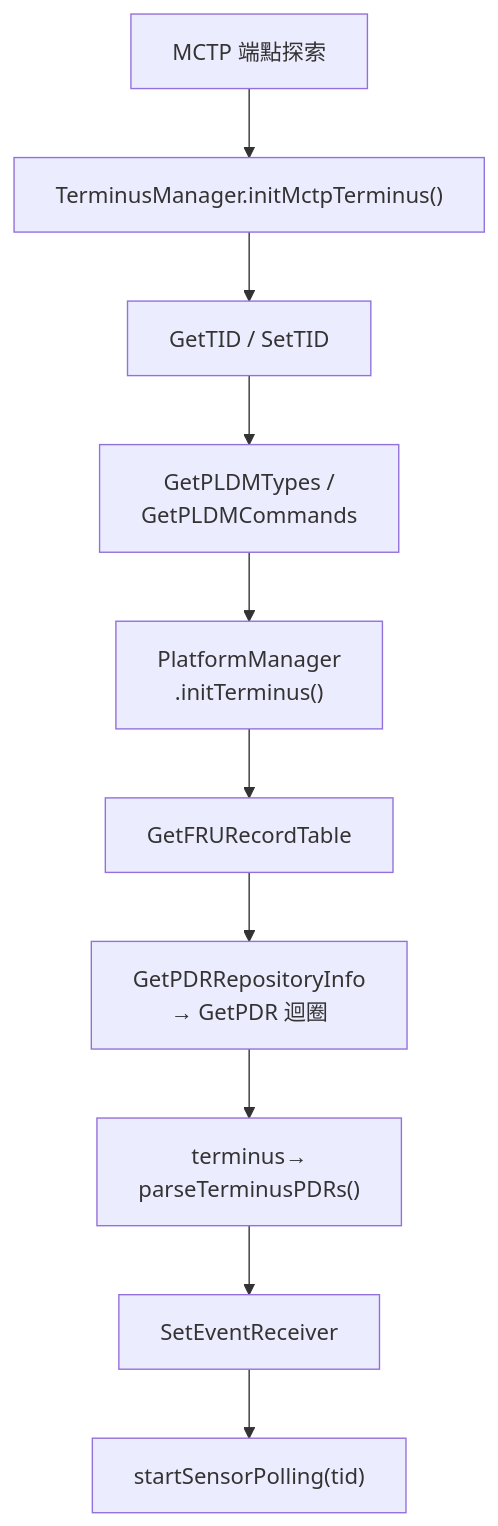
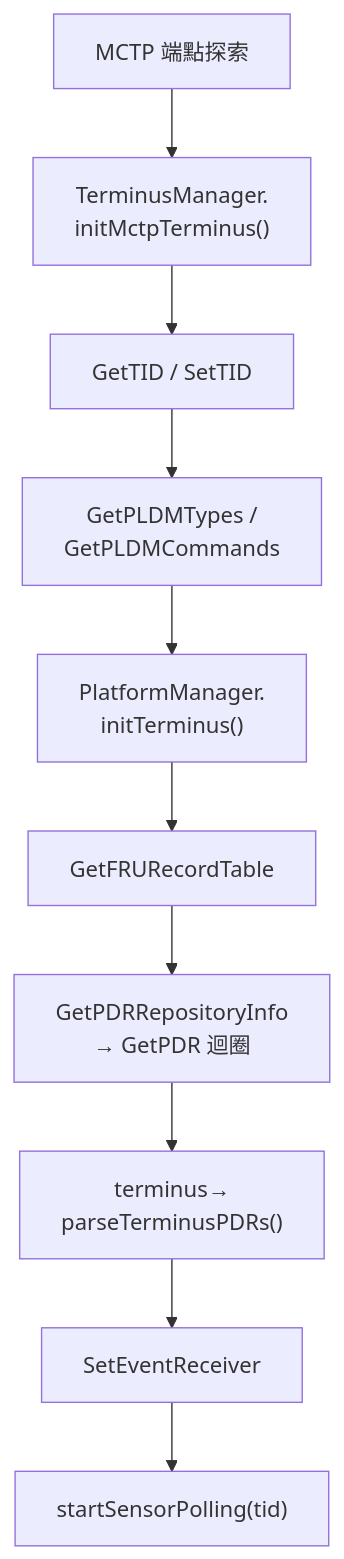
One commit to chilung-cgu/bmc-firmware-knowledge-base changed the fourth of 5 diagrams in pldm/CodeFlows.md. Above: the diagram before and after it, drawn with Mermaid. The commit also changed 2 other files, not shown here.

Commit message:
docs(pldm): 補充修正 Mermaid 節點中過長的方法名稱
掃描並修正了 CodeFlows.md、PlatformMC.md 以及 BIOSConfig.md 中殘存的過長字串（如 `initMctpTerminus()`、`processNumericSensorEvent()`、`SetBIOSAttributeCurrentValue` 等）。將這些長字串加上 `<br/>` 換行標籤，確保在各種寬度的 VS Code 預覽視窗中都不會發生邊緣文字被截斷的問題。

````diff
--- a/pldm/CodeFlows.md
+++ b/pldm/CodeFlows.md
@@ -318,12 +318,12 @@
 ```mermaid
 flowchart TD
-    Discover["MCTP 端點探索"] --> Init["TerminusManager.initMctpTerminus()"]
+    Discover["MCTP 端點探索"] --> Init["TerminusManager.<br/>initMctpTerminus()"]
     Init --> TID["GetTID / SetTID"]
-    TID --> Types["GetPLDMTypes /<br>GetPLDMCommands"]
-    Types --> PlatInit["PlatformManager<br>.initTerminus()"]
+    TID --> Types["GetPLDMTypes /<br/>GetPLDMCommands"]
+    Types --> PlatInit["PlatformManager.<br/>initTerminus()"]
     PlatInit --> FRU["GetFRURecordTable"]
     FRU --> GetPDR["GetPDRRepositoryInfo<br>→ GetPDR 迴圈"]
     GetPDR --> Parse["terminus→<br>parseTerminusPDRs()"]
     Parse --> EventCfg["SetEventReceiver"]
     EventCfg --> Poll["startSensorPolling(tid)"]
 ```
````
